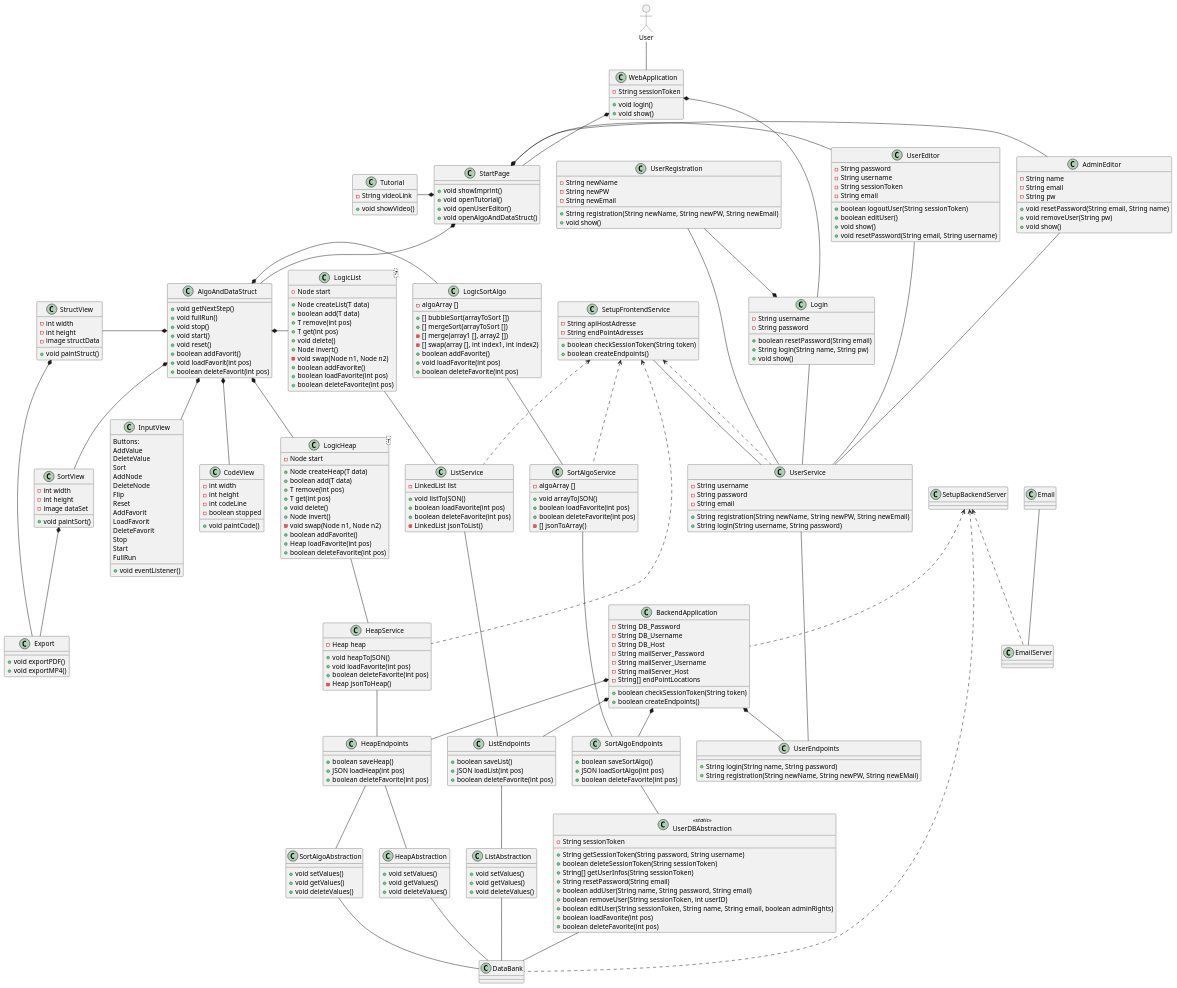
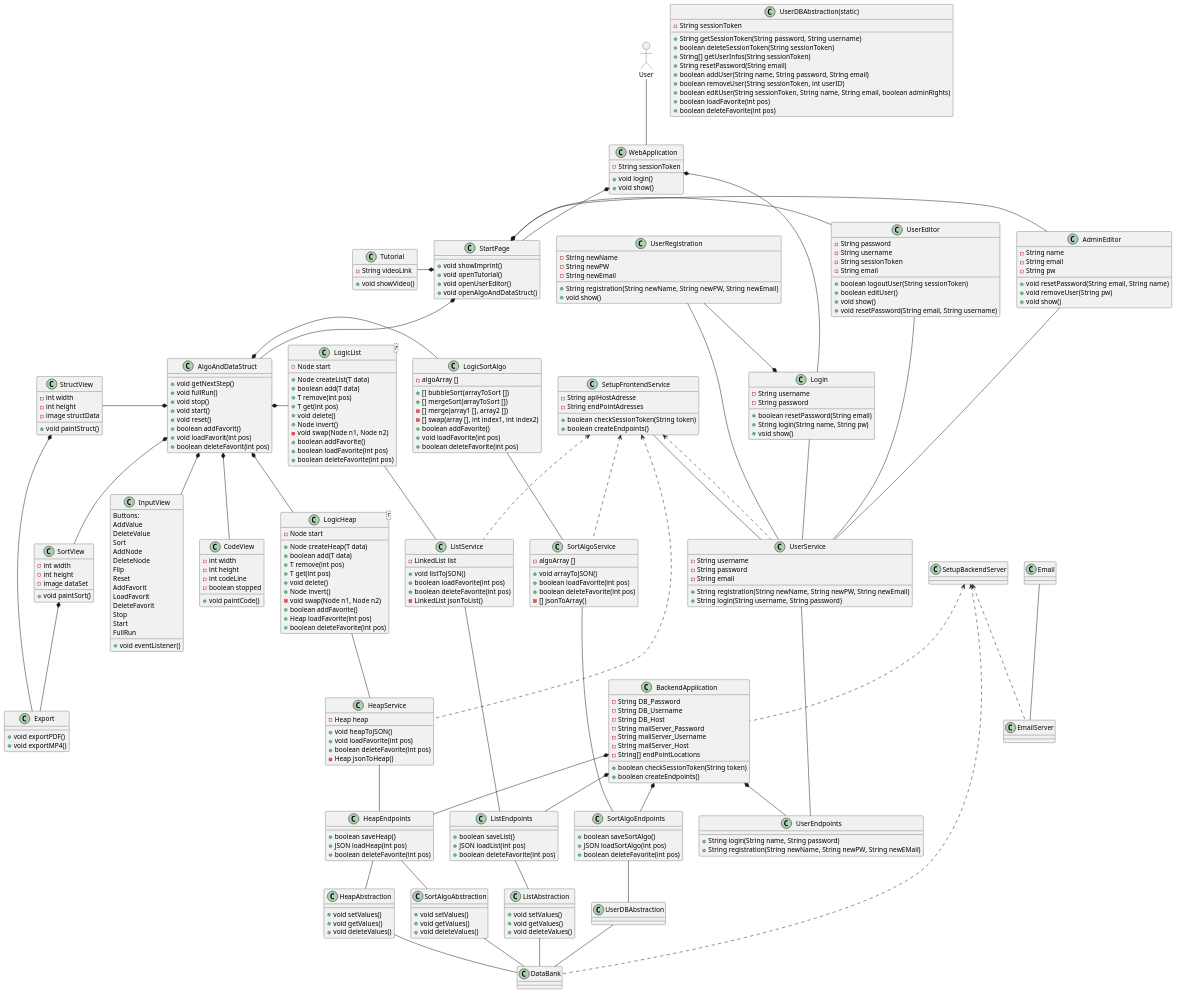
Before and after one commit to schmidti2002/Softwarepraktikum: the diagram in Meilensteine/Meilenstein_03/Visual.puml, drawn with PlantUML.

```diff
--- a/Meilensteine/Meilenstein_03/Visual.puml
+++ b/Meilensteine/Meilenstein_03/Visual.puml
@@ -254,7 +254,7 @@
   +boolean deleteFavorite(int pos)
 }
 
-class UserDBAbstraction <<static>> {
+class UserDBAbstraction(static) {
   -String sessionToken
 
   +String getSessionToken(String password, String username)
```
